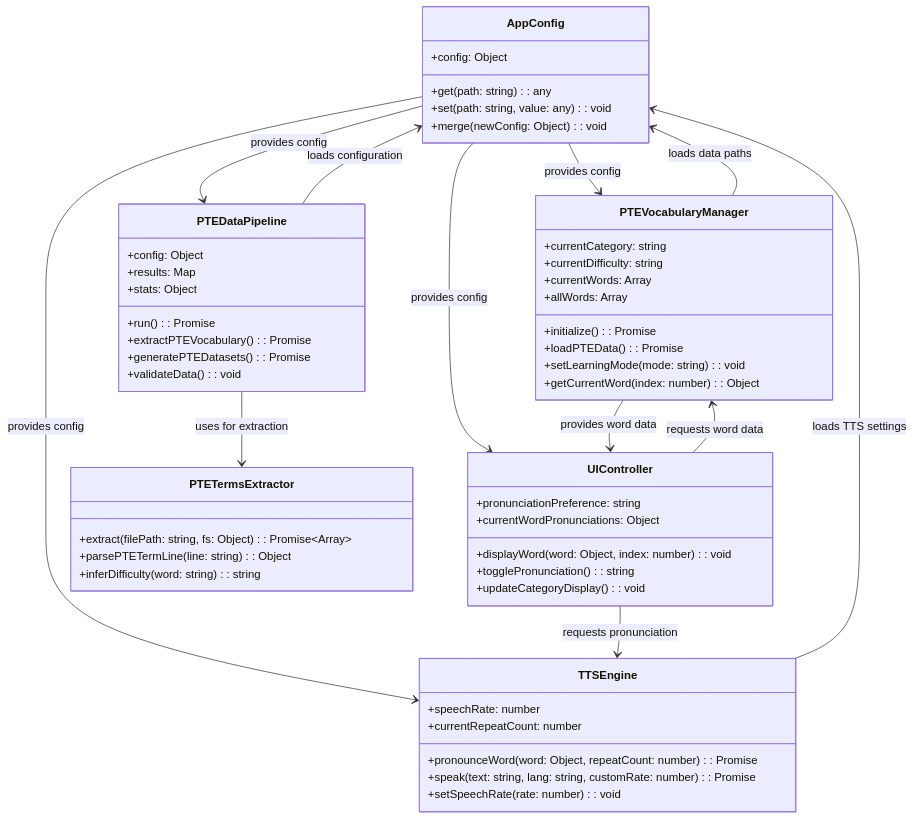
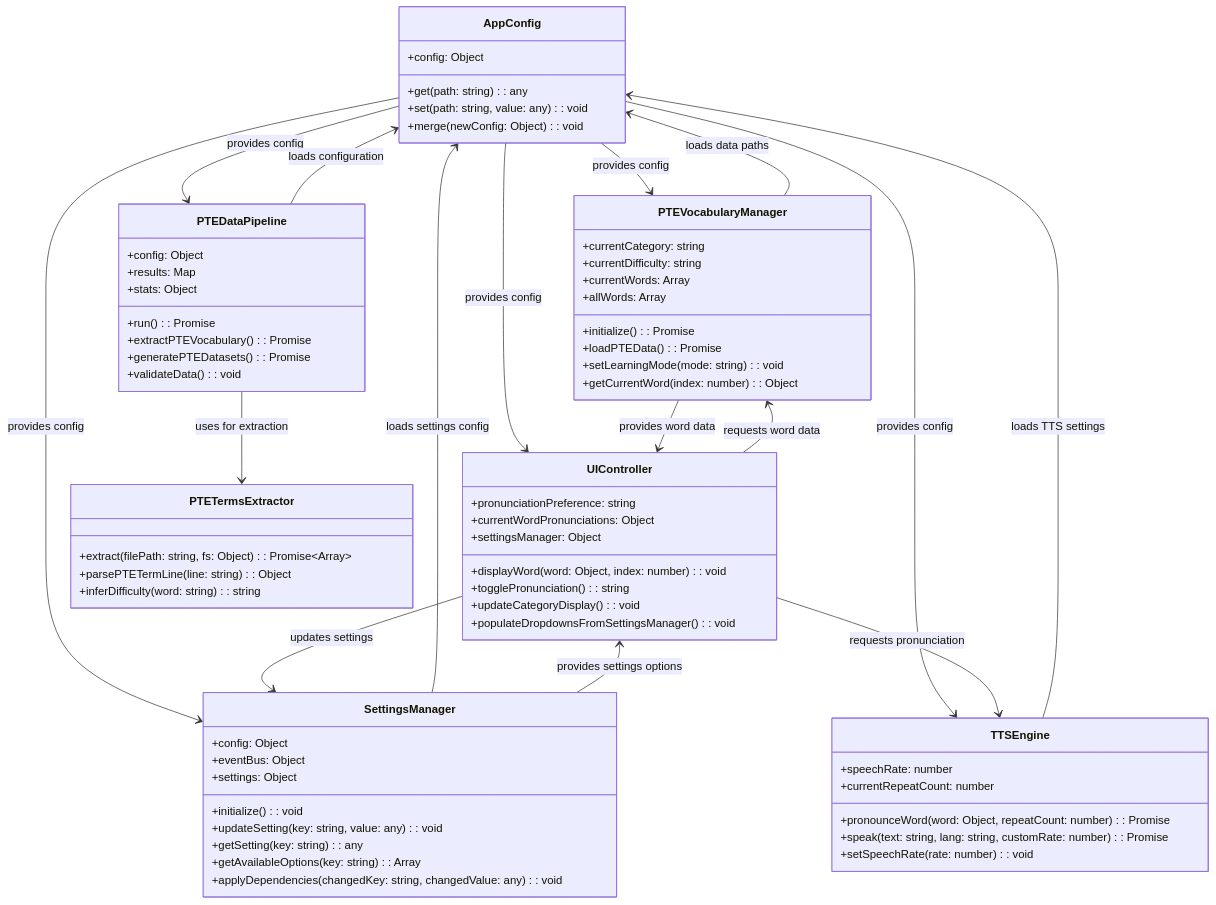
One commit to david3xu/ccl-pronunciation-trainer changed the fourth of 8 diagrams in docs/WORKFLOW.md. Above: the diagram before and after it, drawn with Mermaid. The commit also changed other lines of this file and 18 other files, not shown here.

```diff
--- a/docs/WORKFLOW.md
+++ b/docs/WORKFLOW.md
@@ -117,12 +130,25 @@
         +getCurrentWord(index: number): Object
     }
 
+    class SettingsManager {
+        +config: Object
+        +eventBus: Object
+        +settings: Object
+        +initialize(): void
+        +updateSetting(key: string, value: any): void
+        +getSetting(key: string): any
+        +getAvailableOptions(key: string): Array
+        +applyDependencies(changedKey: string, changedValue: any): void
+    }
+
     class UIController {
         +pronunciationPreference: string
         +currentWordPronunciations: Object
+        +settingsManager: Object
         +displayWord(word: Object, index: number): void
         +togglePronunciation(): string
         +updateCategoryDisplay(): void
+        +populateDropdownsFromSettingsManager(): void
     }
 
     class TTSEngine {
@@ -141,6 +167,7 @@
 
     AppConfig --> PTEDataPipeline : provides config
     AppConfig --> PTEVocabularyManager : provides config
+    AppConfig --> SettingsManager : provides config
     AppConfig --> UIController : provides config
     AppConfig --> TTSEngine : provides config
 
@@ -150,7 +177,11 @@
     PTEVocabularyManager --> AppConfig : loads data paths
     PTEVocabularyManager --> UIController : provides word data
 
+    SettingsManager --> AppConfig : loads settings config
+    SettingsManager --> UIController : provides settings options
+
     UIController --> PTEVocabularyManager : requests word data
+    UIController --> SettingsManager : updates settings
     UIController --> TTSEngine : requests pronunciation
 
     TTSEngine --> AppConfig : loads TTS settings
```
